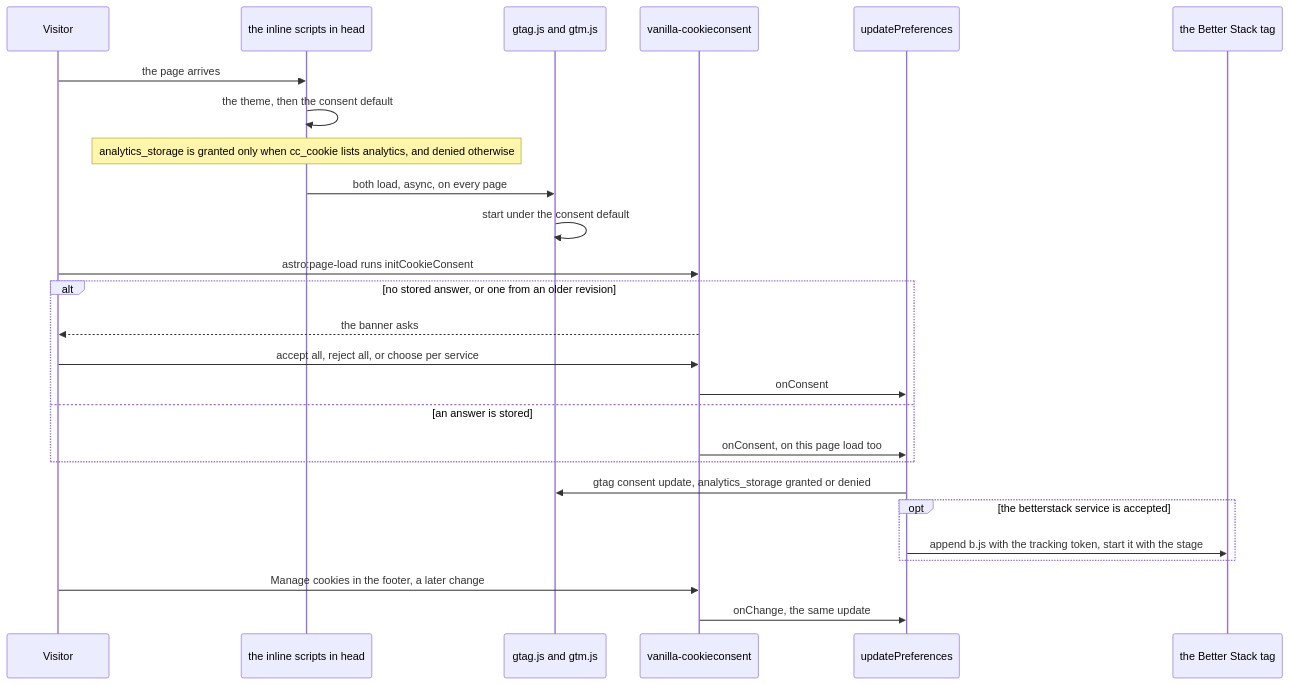
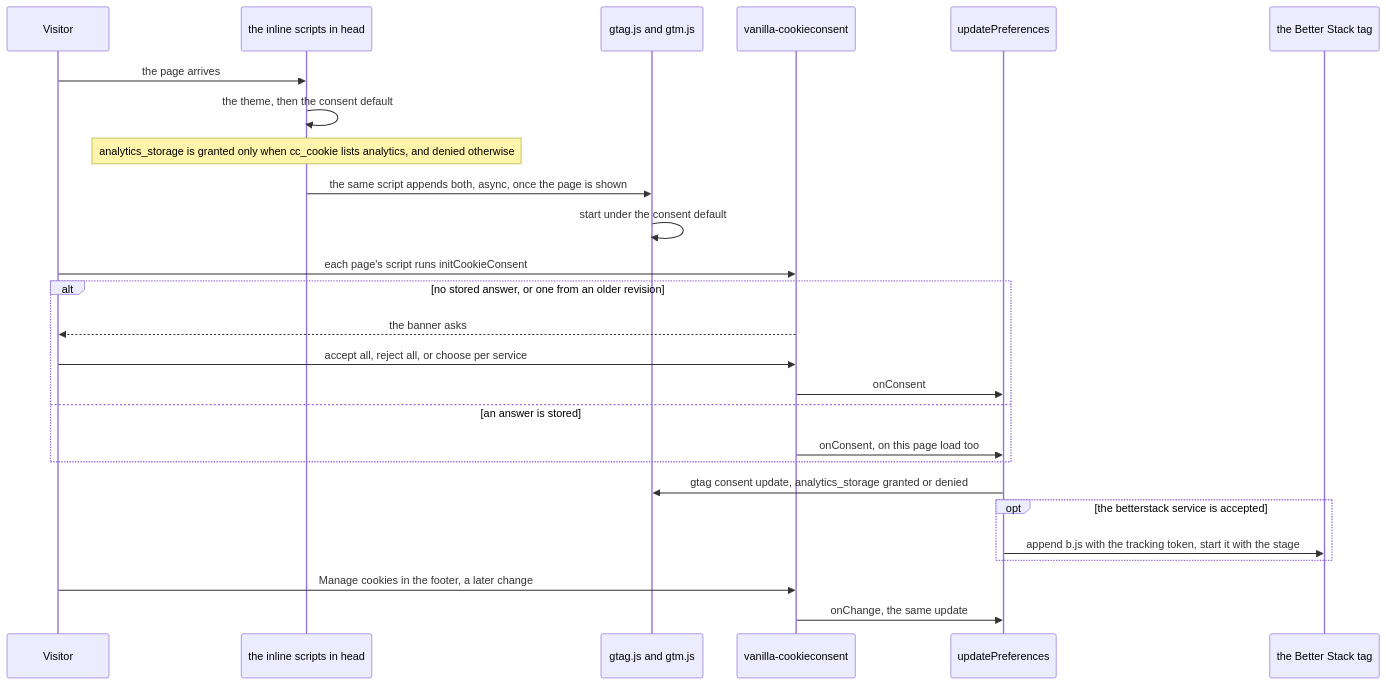
The diagram in docs/wiki/Consent-and-Analytics.md (fbuireu/biancafiore), drawn with Mermaid before and after one commit. The commit also changed other lines of this file and 47 other files, not shown here.

````diff
--- a/docs/wiki/Consent-and-Analytics.md
+++ b/docs/wiki/Consent-and-Analytics.md
@@ -11,33 +11,33 @@
 ```mermaid
 ---
 config:
   look: handDrawn
   layout: dagre
 ---
 sequenceDiagram
     participant Visitor
     participant Head as the inline scripts in head
     participant Google as gtag.js and gtm.js
     participant Banner as vanilla-cookieconsent
     participant Prefs as updatePreferences
     participant BetterStack as the Better Stack tag
     Visitor->>Head: the page arrives
     Head->>Head: the theme, then the consent default
     Note over Head: analytics_storage is granted only when cc_cookie lists analytics, and denied otherwise
-    Head->>Google: both load, async, on every page
+    Head->>Google: the same script appends both, async, once the page is shown
     Google->>Google: start under the consent default
-    Visitor->>Banner: astro:page-load runs initCookieConsent
+    Visitor->>Banner: each page's script runs initCookieConsent
     alt no stored answer, or one from an older revision
         Banner-->>Visitor: the banner asks
         Visitor->>Banner: accept all, reject all, or choose per service
         Banner->>Prefs: onConsent
     else an answer is stored
         Banner->>Prefs: onConsent, on this page load too
     end
     Prefs->>Google: gtag consent update, analytics_storage granted or denied
     opt the betterstack service is accepted
         Prefs->>BetterStack: append b.js with the tracking token, start it with the stage
     end
     Visitor->>Banner: Manage cookies in the footer, a later change
     Banner->>Prefs: onChange, the same update
 ```
````
